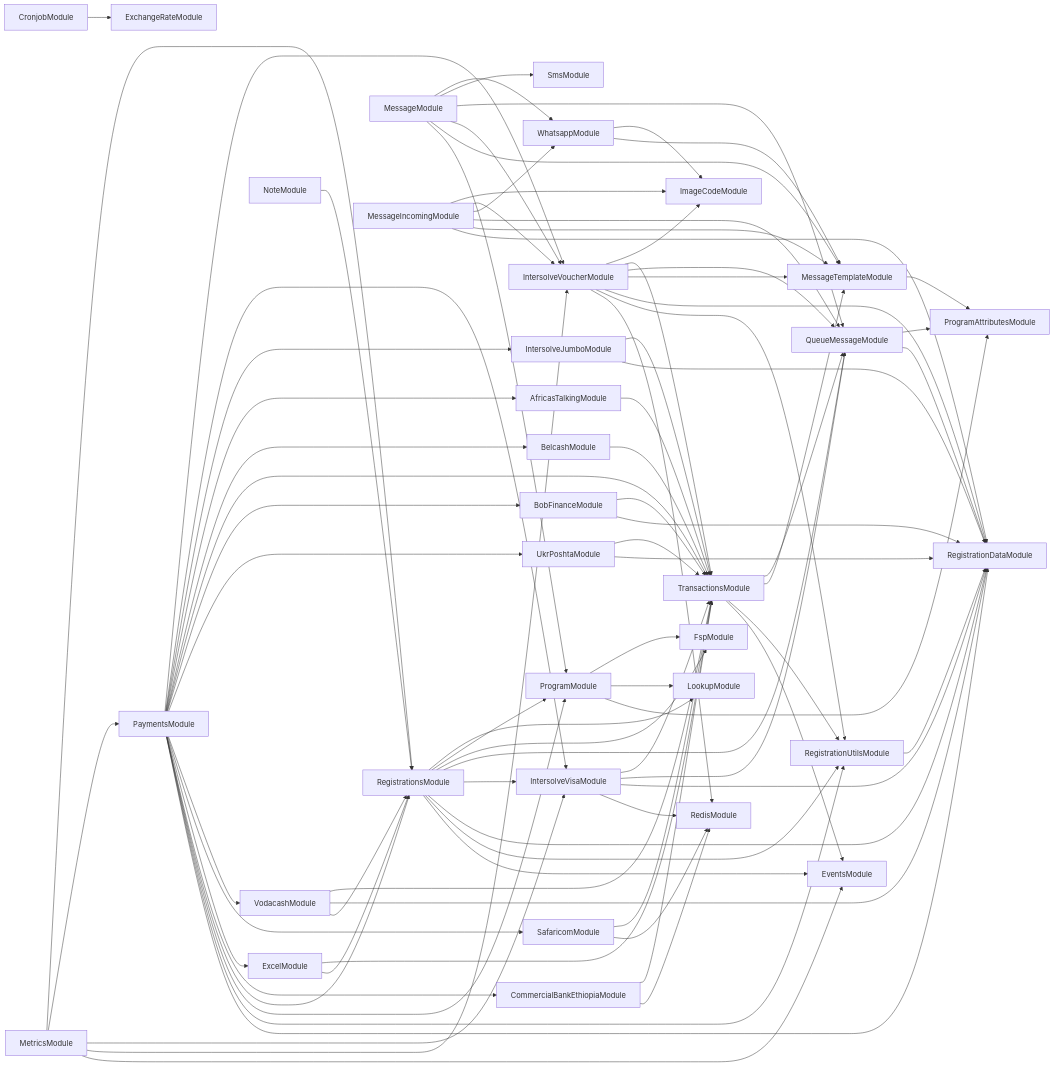
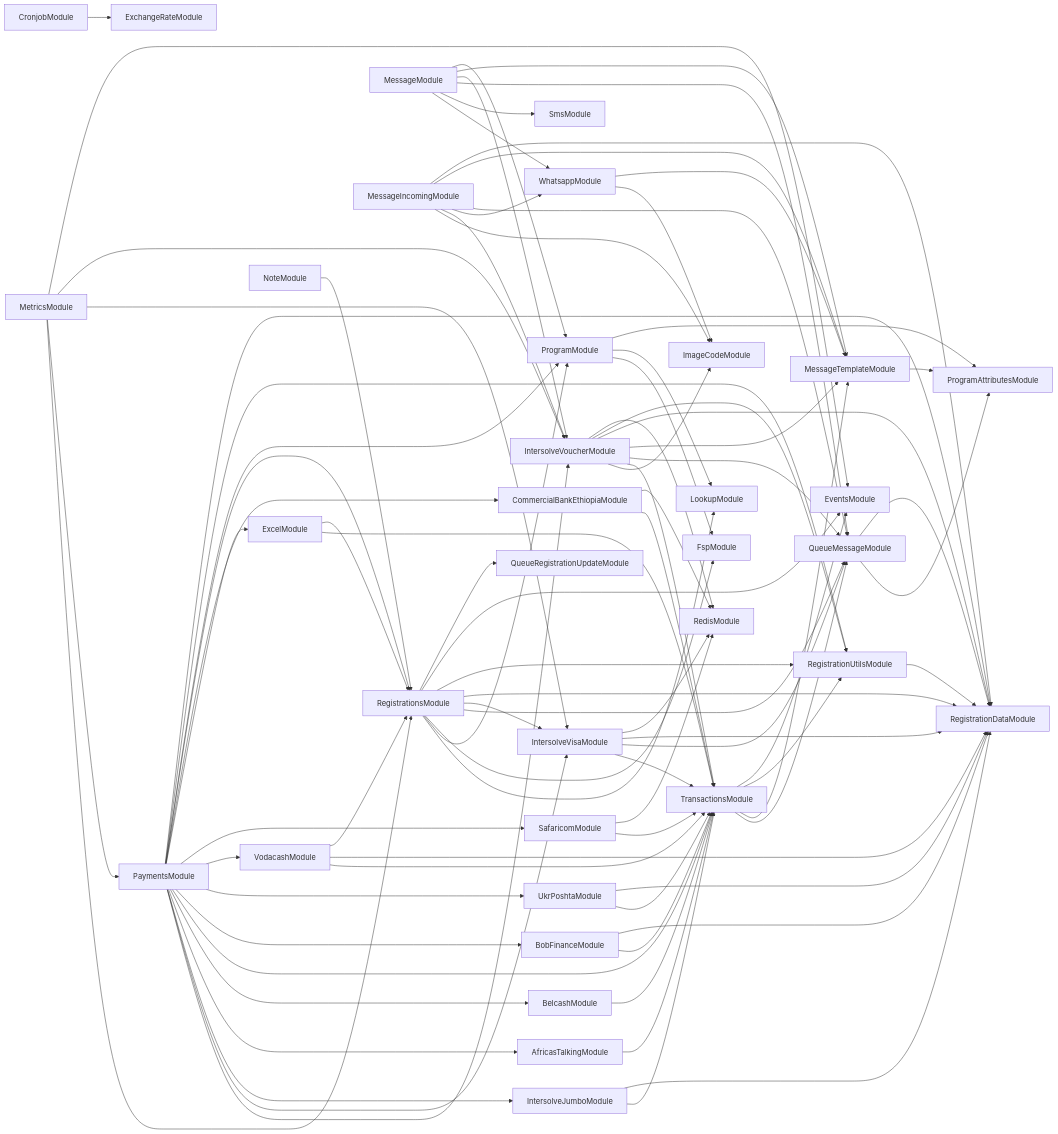
Before and after one commit to global-121/121-platform: the diagram in services/121-service/module-dependencies.md, drawn with Mermaid. The commit also changed 39 other files, not shown here.

```diff
--- a/services/121-service/module-dependencies.md
+++ b/services/121-service/module-dependencies.md
@@ -26,6 +26,7 @@
   RegistrationsModule-->RegistrationDataModule
   RegistrationsModule-->RegistrationUtilsModule
   RegistrationsModule-->EventsModule
+  RegistrationsModule-->QueueRegistrationUpdateModule
   MessageModule-->WhatsappModule
   WhatsappModule-->ImageCodeModule
   WhatsappModule-->MessageTemplateModule
```
